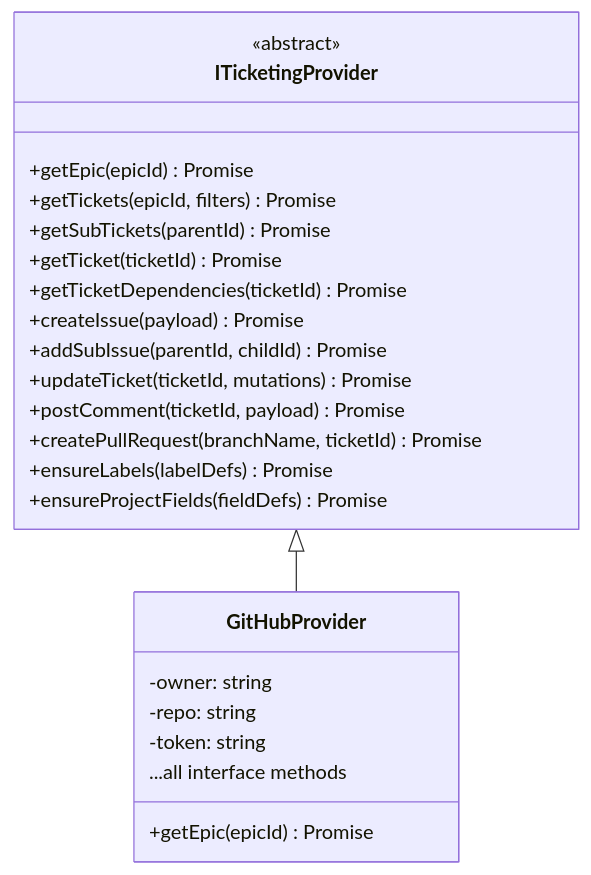
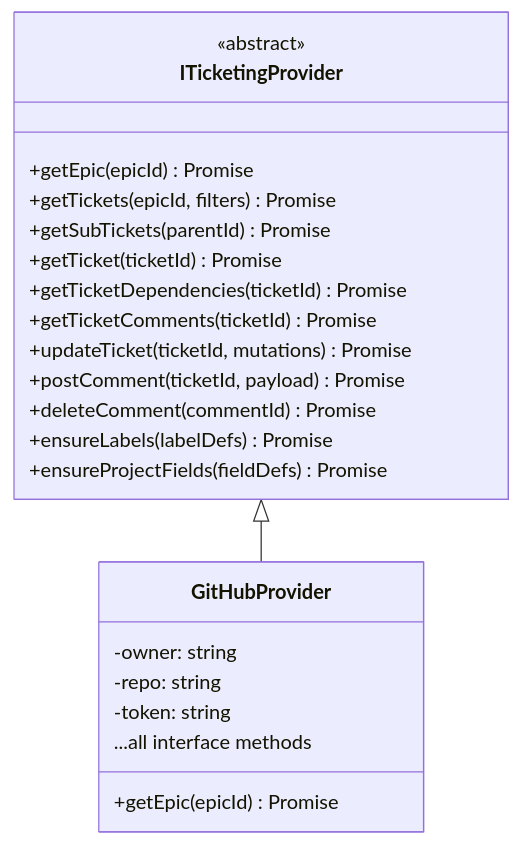
One commit to dsj1984/agent-protocols changed the third of 6 diagrams in docs/architecture.md. Above: the diagram before and after it, drawn with Mermaid. The commit also changed other lines of this file and 66 other files, not shown here.

````diff
--- a/docs/architecture.md
+++ b/docs/architecture.md
@@ -380,28 +379,27 @@
 ```mermaid
 classDiagram
     class ITicketingProvider {
         <<abstract>>
         +getEpic(epicId) Promise
         +getTickets(epicId, filters) Promise
         +getSubTickets(parentId) Promise
         +getTicket(ticketId) Promise
         +getTicketDependencies(ticketId) Promise
-        +createIssue(payload) Promise
-        +addSubIssue(parentId, childId) Promise
+        +getTicketComments(ticketId) Promise
         +updateTicket(ticketId, mutations) Promise
         +postComment(ticketId, payload) Promise
-        +createPullRequest(branchName, ticketId) Promise
+        +deleteComment(commentId) Promise
         +ensureLabels(labelDefs) Promise
         +ensureProjectFields(fieldDefs) Promise
     }
 
     class GitHubProvider {
         -owner: string
         -repo: string
         -token: string
         +getEpic(epicId) Promise
         ...all interface methods
     }
 
     ITicketingProvider <|-- GitHubProvider
 ```
````
